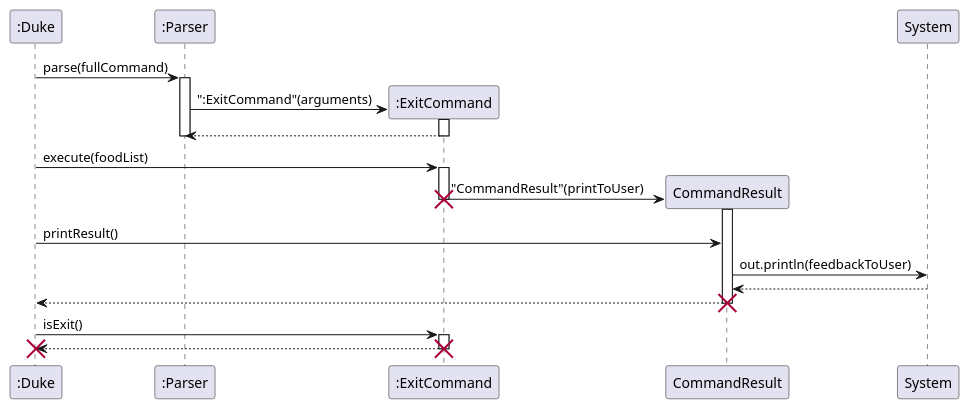
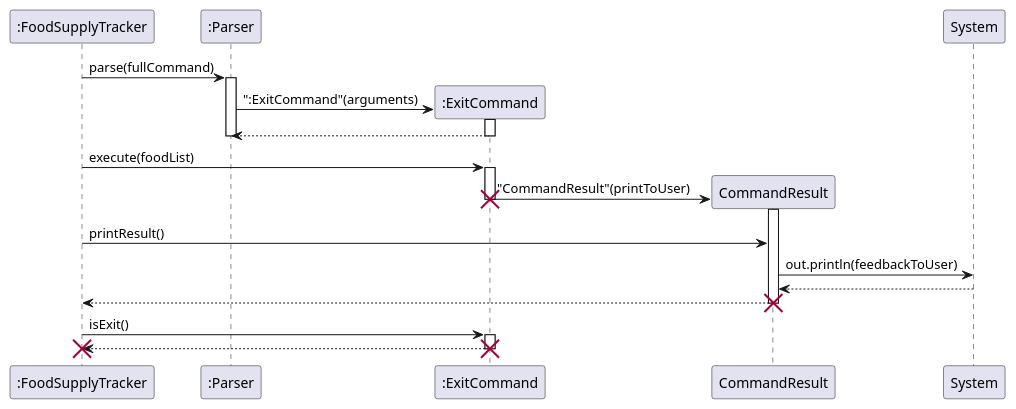
One commit to tsx0314/tp changed the diagram in docs/puml/ExitCommandSequenceDiagram.puml. Above: the diagram before and after it, drawn with PlantUML. The commit also changed 103 other files, not shown here.

```diff
--- a/docs/puml/ExitCommandSequenceDiagram.puml
+++ b/docs/puml/ExitCommandSequenceDiagram.puml
@@ -1,41 +1,41 @@
 @startuml
 'https://plantuml.com/sequence-diagram
 
-":Duke" -> ":Parser": parse(fullCommand)
+":FoodSupplyTracker" -> ":Parser": parse(fullCommand)
 activate ":Parser"
 
 create ":ExitCommand"
 ":ExitCommand" <- ":Parser" : ":ExitCommand"(arguments)
 activate ":ExitCommand"
 ":ExitCommand" --> ":Parser"
 deactivate ":ExitCommand"
 deactivate ":Parser"
 
-":Duke" -> ":ExitCommand" : execute(foodList)
+":FoodSupplyTracker" -> ":ExitCommand" : execute(foodList)
 activate ":ExitCommand"
 
 
 
 create "CommandResult"
 ":ExitCommand" -> "CommandResult" : "CommandResult"(printToUser)
 activate "CommandResult"
 deactivate ":ExitCommand"
 destroy ":ExitCommand"
 
-":Duke" -> "CommandResult": printResult()
+":FoodSupplyTracker" -> "CommandResult": printResult()
 "CommandResult"->System: out.println(feedbackToUser)
 
 System --> "CommandResult"
-"CommandResult" --> ":Duke"
+"CommandResult" --> ":FoodSupplyTracker"
 deactivate "CommandResult"
 destroy "CommandResult"
 
-":Duke" -> ":ExitCommand": isExit()
+":FoodSupplyTracker" -> ":ExitCommand": isExit()
 activate ":ExitCommand"
-":ExitCommand" --> ":Duke"
+":ExitCommand" --> ":FoodSupplyTracker"
 deactivate ":ExitCommand"
 destroy ":ExitCommand"
 
-destroy ":Duke"
+destroy ":FoodSupplyTracker"
 
 @enduml
```
